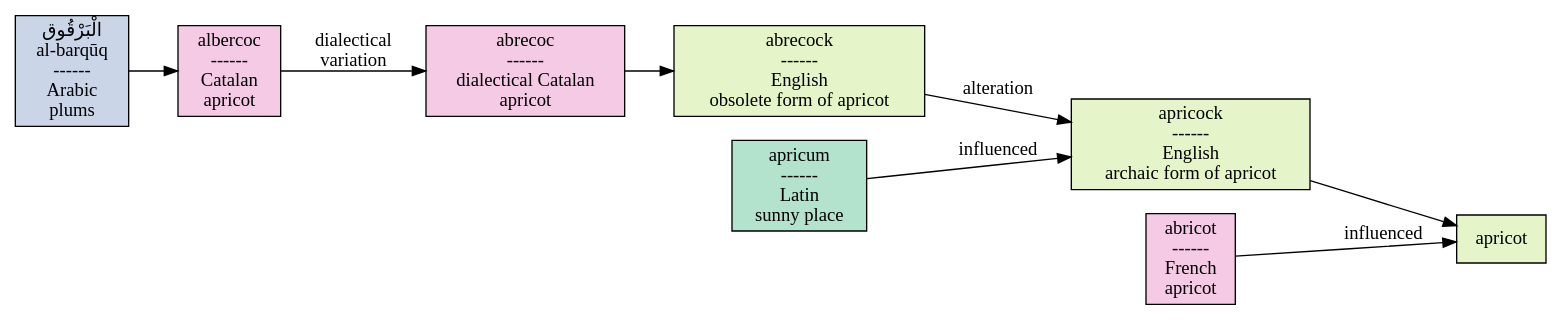
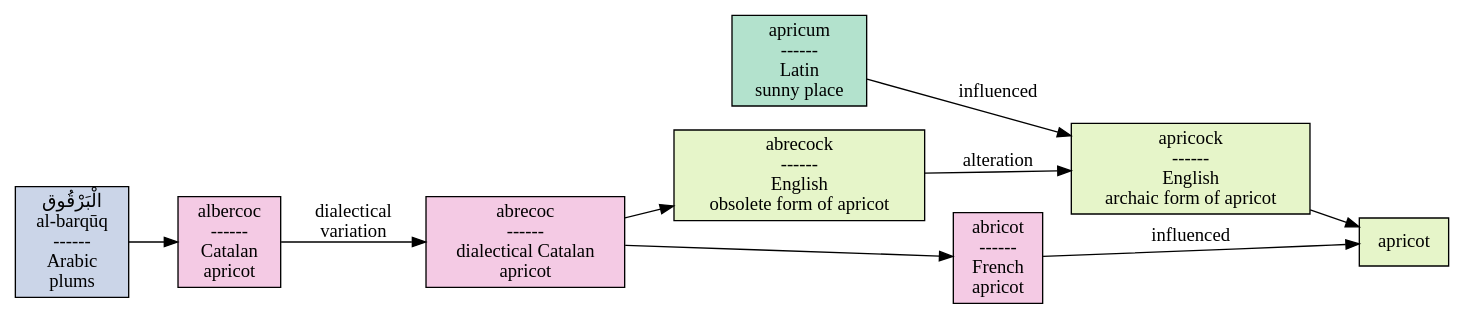
Diagram 14 of 23 in 2025/tu/visualization-in-software/slides.qmd (jllovet/talks), drawn with Graphviz before and after one commit. The commit also changed other lines of this file and 1 other file, not shown here.

Commit message:
Add missing edge in apricot etymology

````diff
--- a/2025/tu/visualization-in-software/slides.qmd
+++ b/2025/tu/visualization-in-software/slides.qmd
@@ -462,25 +463,26 @@
 ```{dot}
 //| fig-height: 6
 digraph g {
     rankdir=LR
     node [colorscheme=pastel25]
     albarqūq [shape="rectangle" style=filled fillcolor="3" label="الْبَرْقُوق\nal-barqūq\n------\nArabic\nplums"]
     albercoc [shape="rectangle" style=filled fillcolor="4" label="albercoc\n------\nCatalan\napricot"]
     abrecoc [shape="rectangle" style=filled fillcolor="4" label="abrecoc\n------\ndialectical Catalan\napricot"]
     apricum [shape="rectangle" style=filled fillcolor="1" label="apricum\n------\nLatin\nsunny place"]
     abrecock [shape="rectangle" style=filled fillcolor="5" label="abrecock\n------\nEnglish\nobsolete form of apricot"]
     abricot [shape="rectangle" style=filled fillcolor="4" label="abricot\n------\nFrench\napricot"]
     apricock [shape="rectangle" style=filled fillcolor="5" label="apricock\n------\nEnglish\narchaic form of apricot"]
     apricot [shape="rectangle" style=filled fillcolor="5" label="apricot"]
     
     albarqūq
     albarqūq -> albercoc
     albercoc -> abrecoc [label="dialectical\nvariation"]
     abrecoc -> abrecock
+    abrecoc -> abricot
     apricum -> apricock [label="influenced"]
     abrecock -> apricock [label="alteration"]
 
     abricot -> apricot [label="influenced"]
     apricock -> apricot
 }
 ```
````
